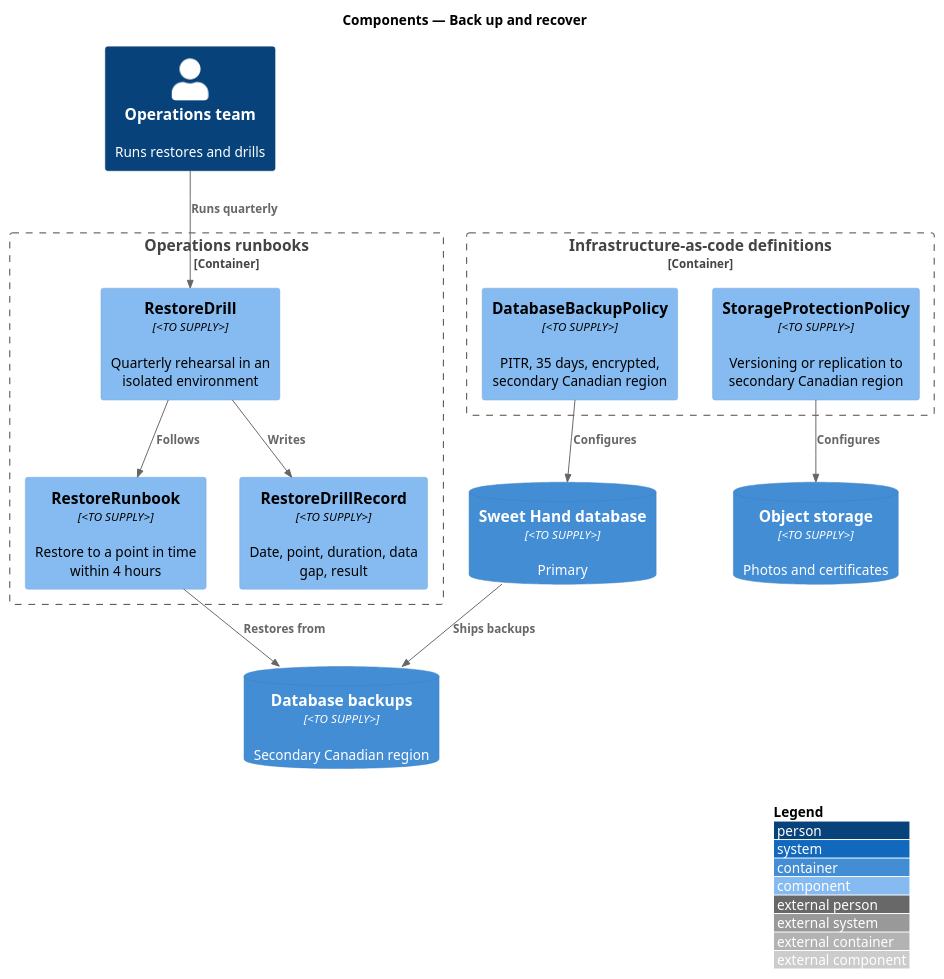
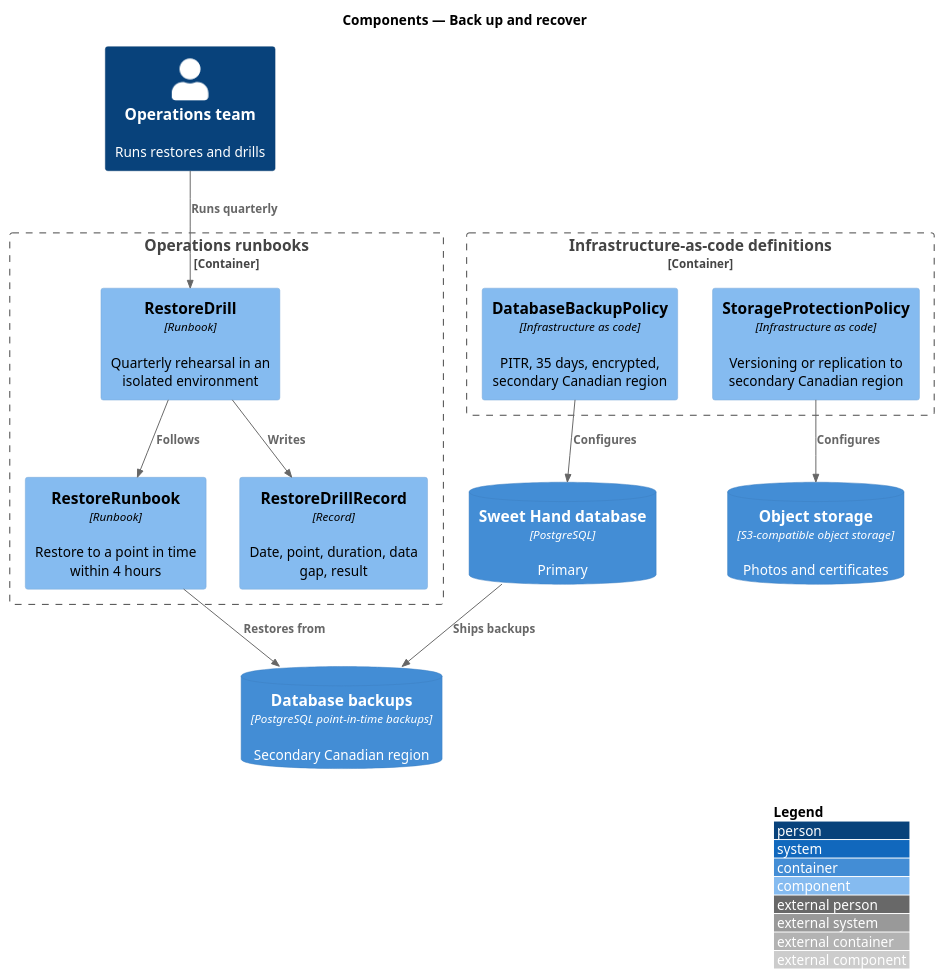
The diagram in docs/detailed-designs/platform/back-up-and-recover/diagrams/c4-component.puml (QuinntyneBrown/sweet-hand), drawn with PlantUML before and after one commit. The commit also changed 34 other files, not shown here.

```diff
--- a/docs/detailed-designs/platform/back-up-and-recover/diagrams/c4-component.puml
+++ b/docs/detailed-designs/platform/back-up-and-recover/diagrams/c4-component.puml
@@ -1,27 +1,27 @@
 @startuml
 !include <C4/C4_Component>
 LAYOUT_WITH_LEGEND()
 title Components — Back up and recover
 
 Person(ops, "Operations team", "Runs restores and drills")
 Container_Boundary(iac, "Infrastructure-as-code definitions") {
-  Component(dbpolicy, "DatabaseBackupPolicy", "<TO SUPPLY>", "PITR, 35 days, encrypted, secondary Canadian region")
-  Component(storepolicy, "StorageProtectionPolicy", "<TO SUPPLY>", "Versioning or replication to secondary Canadian region")
+  Component(dbpolicy, "DatabaseBackupPolicy", "Infrastructure as code", "PITR, 35 days, encrypted, secondary Canadian region")
+  Component(storepolicy, "StorageProtectionPolicy", "Infrastructure as code", "Versioning or replication to secondary Canadian region")
 }
 Container_Boundary(runbooks, "Operations runbooks") {
-  Component(runbook, "RestoreRunbook", "<TO SUPPLY>", "Restore to a point in time within 4 hours")
-  Component(drill, "RestoreDrill", "<TO SUPPLY>", "Quarterly rehearsal in an isolated environment")
-  Component(record, "RestoreDrillRecord", "<TO SUPPLY>", "Date, point, duration, data gap, result")
+  Component(runbook, "RestoreRunbook", "Runbook", "Restore to a point in time within 4 hours")
+  Component(drill, "RestoreDrill", "Runbook", "Quarterly rehearsal in an isolated environment")
+  Component(record, "RestoreDrillRecord", "Record", "Date, point, duration, data gap, result")
 }
-ContainerDb(db, "Sweet Hand database", "<TO SUPPLY>", "Primary")
-ContainerDb(storage, "Object storage", "<TO SUPPLY>", "Photos and certificates")
-ContainerDb(dbbackup, "Database backups", "<TO SUPPLY>", "Secondary Canadian region")
+ContainerDb(db, "Sweet Hand database", "PostgreSQL", "Primary")
+ContainerDb(storage, "Object storage", "S3-compatible object storage", "Photos and certificates")
+ContainerDb(dbbackup, "Database backups", "PostgreSQL point-in-time backups", "Secondary Canadian region")
 
 Rel(dbpolicy, db, "Configures")
 Rel(storepolicy, storage, "Configures")
 Rel(db, dbbackup, "Ships backups")
 Rel(ops, drill, "Runs quarterly")
 Rel(drill, runbook, "Follows")
 Rel(runbook, dbbackup, "Restores from")
 Rel(drill, record, "Writes")
 @enduml
```
